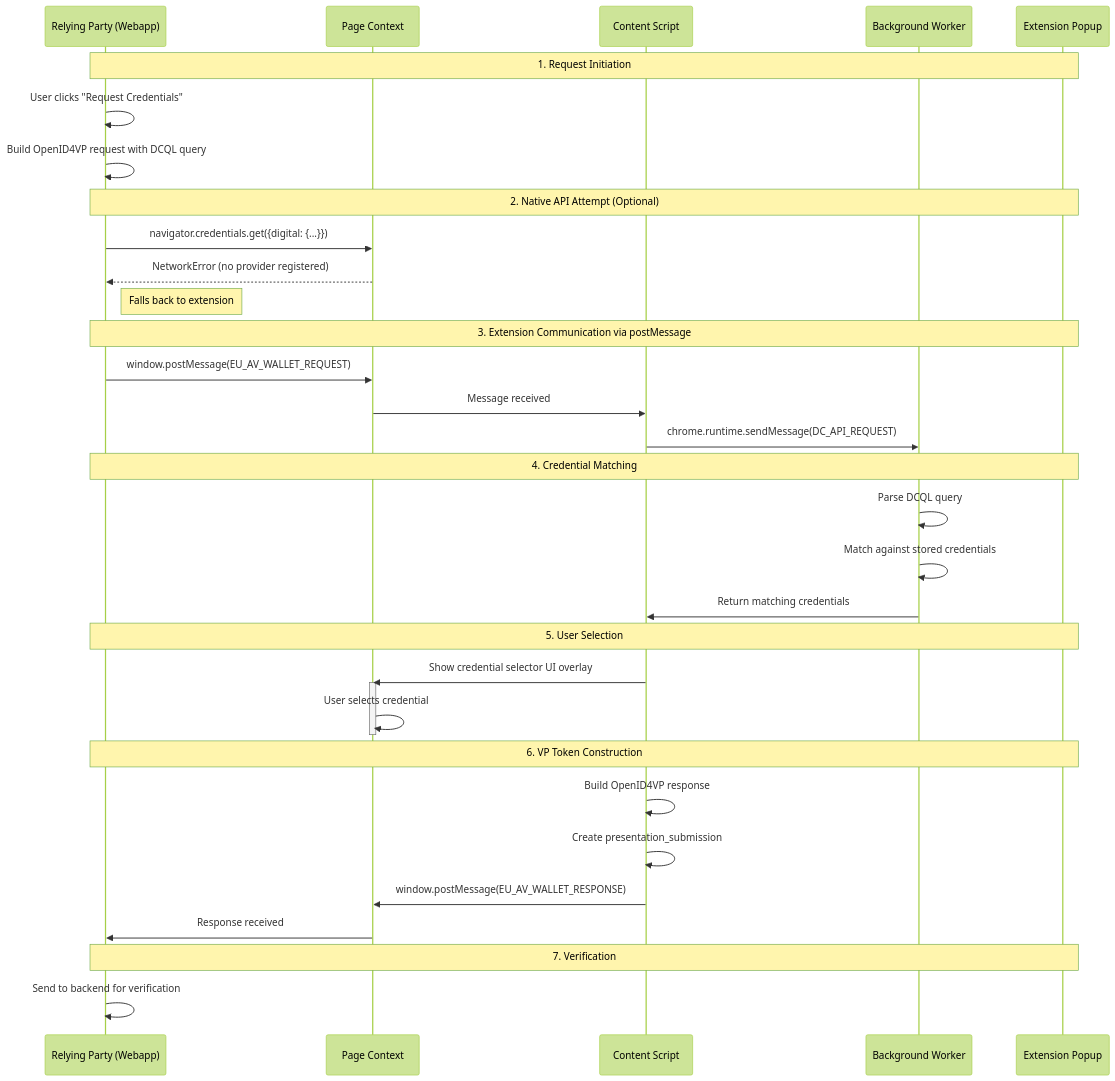
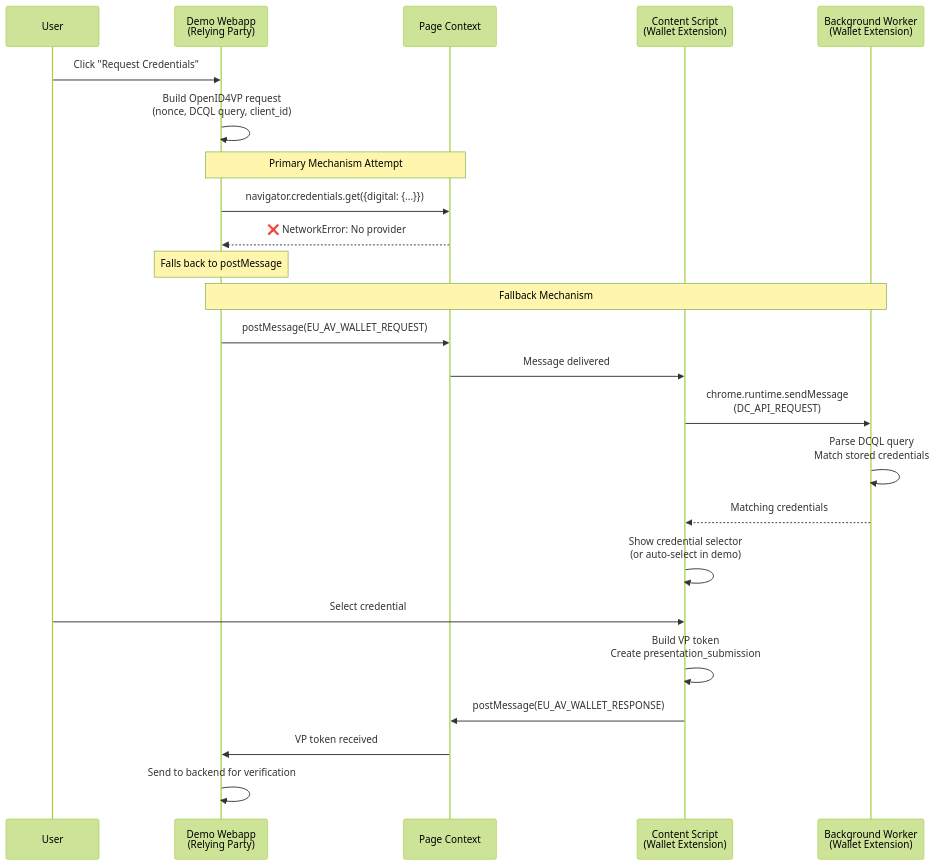
Before and after one commit to rd-ewqwe/ewqwe-identity: the diagram in documentation/src/webapp_extension_communication.md, drawn with Mermaid (forest theme). The commit also changed other lines of this file and 11 other files, not shown here.

````diff
--- a/documentation/src/webapp_extension_communication.md
+++ b/documentation/src/webapp_extension_communication.md
@@ -243,42 +204,33 @@
 ```mermaid
 sequenceDiagram
-    participant RP as Relying Party (Webapp)
+    participant User
+    participant Webapp as Demo Webapp<br/>(Relying Party)
     participant Page as Page Context
-    participant CS as Content Script
-    participant BG as Background Worker
-    participant UI as Extension Popup
+    participant Content as Content Script<br/>(Wallet Extension)
+    participant Background as Background Worker<br/>(Wallet Extension)
 
-    Note over RP,UI: 1. Request Initiation
-    RP->>RP: User clicks "Request Credentials"
-    RP->>RP: Build OpenID4VP request with DCQL query
-
-    Note over RP,UI: 2. Native API Attempt (Optional)
-    RP->>Page: navigator.credentials.get({digital: {...}})
-    Page-->>RP: NetworkError (no provider registered)
-    Note right of RP: Falls back to extension
-
-    Note over RP,UI: 3. Extension Communication via postMessage
-    RP->>Page: window.postMessage(EU_AV_WALLET_REQUEST)
-    Page->>CS: Message received
-    CS->>BG: chrome.runtime.sendMessage(DC_API_REQUEST)
+    User->>Webapp: Click "Request Credentials"
+    Webapp->>Webapp: Build OpenID4VP request<br/>(nonce, DCQL query, client_id)
     
-    Note over RP,UI: 4. Credential Matching
-    BG->>BG: Parse DCQL query
-    BG->>BG: Match against stored credentials
-    BG->>CS: Return matching credentials
+    Note over Webapp,Page: Primary Mechanism Attempt
+    Webapp->>Page: navigator.credentials.get({digital: {...}})
+    Page-->>Webapp: ❌ NetworkError: No provider
+    Note over Webapp: Falls back to postMessage
     
-    Note over RP,UI: 5. User Selection
-    CS->>Page: Show credential selector UI overlay
-    activate Page
-    Page->>Page: User selects credential
-    deactivate Page
+    Note over Webapp,Background: Fallback Mechanism
+    Webapp->>Page: postMessage(EU_AV_WALLET_REQUEST)
+    Page->>Content: Message delivered
+    Content->>Background: chrome.runtime.sendMessage<br/>(DC_API_REQUEST)
     
-    Note over RP,UI: 6. VP Token Construction
-    CS->>CS: Build OpenID4VP response
-    CS->>CS: Create presentation_submission
-    CS->>Page: window.postMessage(EU_AV_WALLET_RESPONSE)
-    Page->>RP: Response received
+    Background->>Background: Parse DCQL query<br/>Match stored credentials
+    Background-->>Content: Matching credentials
     
-    Note over RP,UI: 7. Verification
-    RP->>RP: Send to backend for verification
+    Content->>Content: Show credential selector<br/>(or auto-select in demo)
+    User->>Content: Select credential
+    
+    Content->>Content: Build VP token<br/>Create presentation_submission
+    Content->>Page: postMessage(EU_AV_WALLET_RESPONSE)
+    Page->>Webapp: VP token received
+    
+    Webapp->>Webapp: Send to backend for verification
 ```
````
